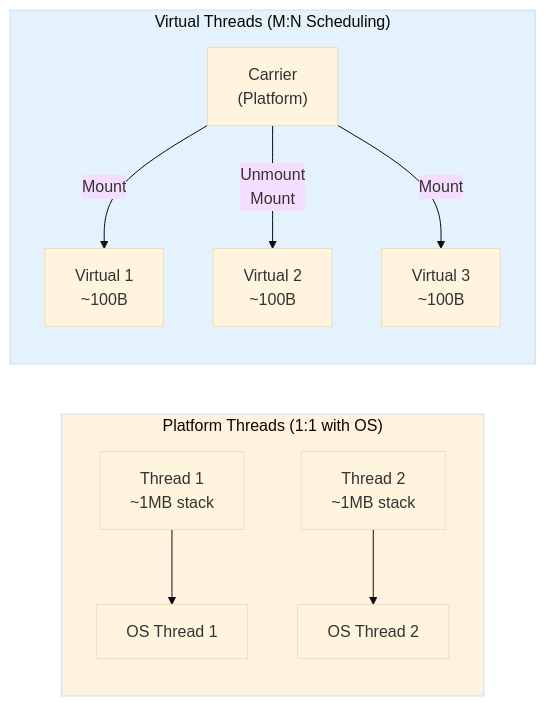
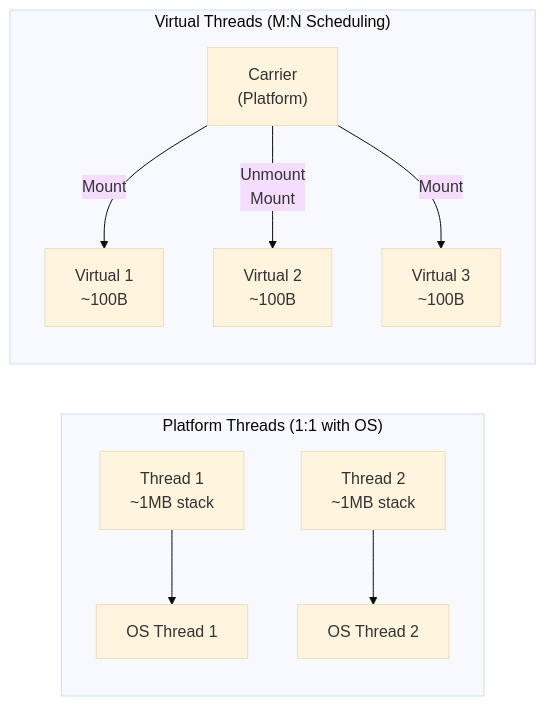
The first of 2 diagrams in docs/theory/13-virtual-threads.md (nitinkc/MultithreadingLearningHub), drawn with Mermaid (base theme) before and after one commit. The commit also changed other lines of this file and 27 other files, not shown here.

````diff
--- a/docs/theory/13-virtual-threads.md
+++ b/docs/theory/13-virtual-threads.md
@@ -53,24 +53,22 @@
 ```mermaid
 graph LR
     subgraph Platform["Platform Threads (1:1 with OS)"]
         P1["Thread 1\n~1MB stack"]
         P2["Thread 2\n~1MB stack"]
         OS1["OS Thread 1"]
         OS2["OS Thread 2"]
         P1 --> OS1
         P2 --> OS2
     end
     
     subgraph Virtual["Virtual Threads (M:N Scheduling)"]
         V1["Virtual 1\n~100B"]
         V2["Virtual 2\n~100B"]
         V3["Virtual 3\n~100B"]
         C1["Carrier\n(Platform)"]
         C1 -->|Mount| V1
         C1 -->|Unmount<br/>Mount| V2
         C1 -->|Mount| V3
     end
-    
-    style Platform fill:#fff3e0
-    style Virtual fill:#e3f2fd
+
 ```
````
